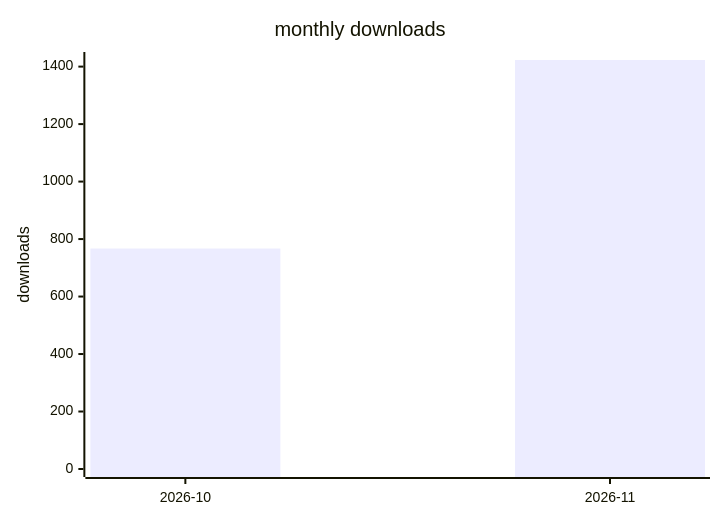
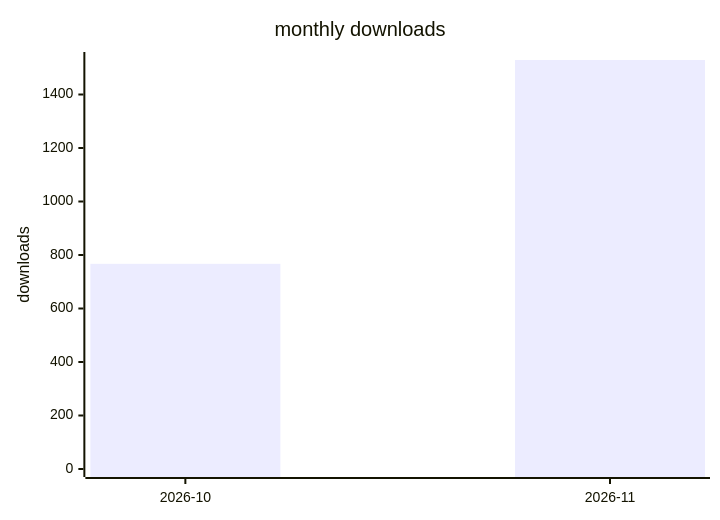
One commit to terry2010/opencode-loop-recover changed the second of 2 diagrams in docs/downloads-2026.md. Above: the diagram before and after it, drawn with Mermaid. The commit also changed other lines of this file and 1 other file, not shown here.

````diff
--- a/docs/downloads-2026.md
+++ b/docs/downloads-2026.md
@@ -29,7 +29,7 @@
 ```mermaid
 xychart-beta
     title "monthly downloads"
     x-axis ["2026-10", "2026-11"]
-    y-axis "downloads" 0 --> 1423
-    bar [767, 1423]
+    y-axis "downloads" 0 --> 1529
+    bar [767, 1529]
 ```
````
